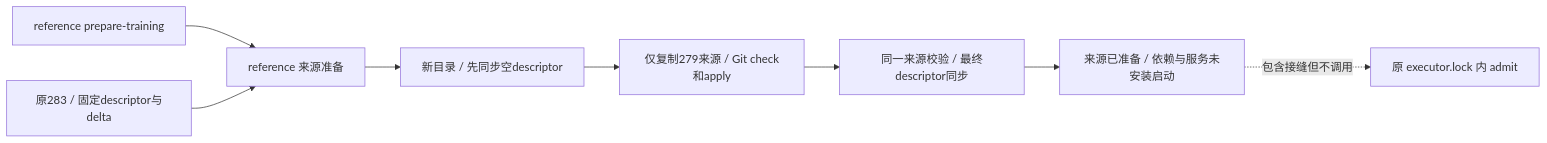
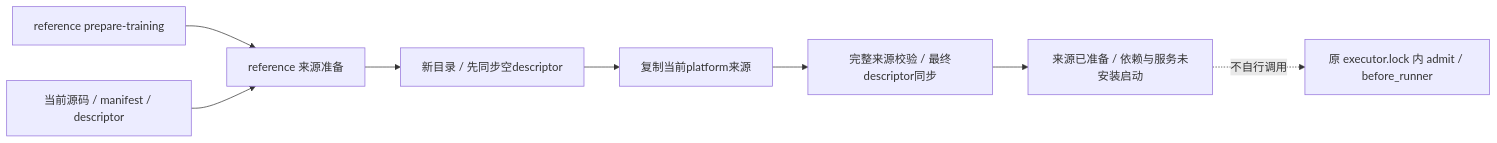
One commit to 626619403/Ergora changed the second of 2 diagrams in docs/architecture/reference-boundary.md. Above: the diagram before and after it, drawn with Mermaid. The commit also changed other lines of this file and 35 other files, not shown here.

````diff
--- a/docs/architecture/reference-boundary.md
+++ b/docs/architecture/reference-boundary.md
@@ -102,10 +102,10 @@
 ```mermaid
 flowchart LR
   CLI[reference prepare-training] --> Prepare[reference 来源准备]
-  Frozen[原283 / 固定descriptor与delta] --> Prepare
+  Current[当前源码 / manifest / descriptor] --> Prepare
   Prepare --> Pending[新目录 / 先同步空descriptor]
-  Pending --> Git[仅复制279来源 / Git check和apply]
-  Git --> Verify[同一来源校验 / 最终descriptor同步]
+  Pending --> Copy[复制当前platform来源]
+  Copy --> Verify[完整来源校验 / 最终descriptor同步]
   Verify --> Ready[来源已准备 / 依赖与服务未安装启动]
-  Ready -. 包含接缝但不调用 .-> Hook[原 executor.lock 内 admit]
+  Ready -. 不自行调用 .-> Hook[原 executor.lock 内 admit / before_runner]
 ```
````
